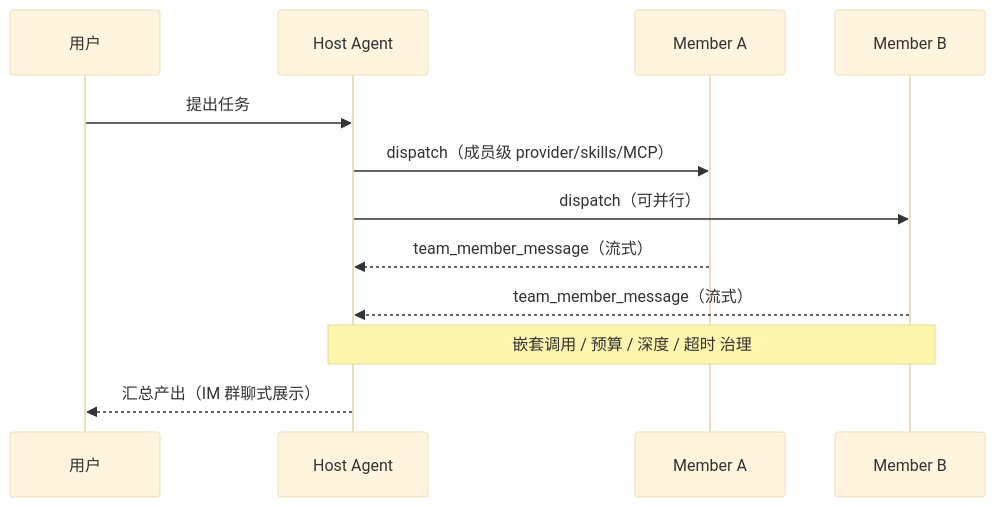
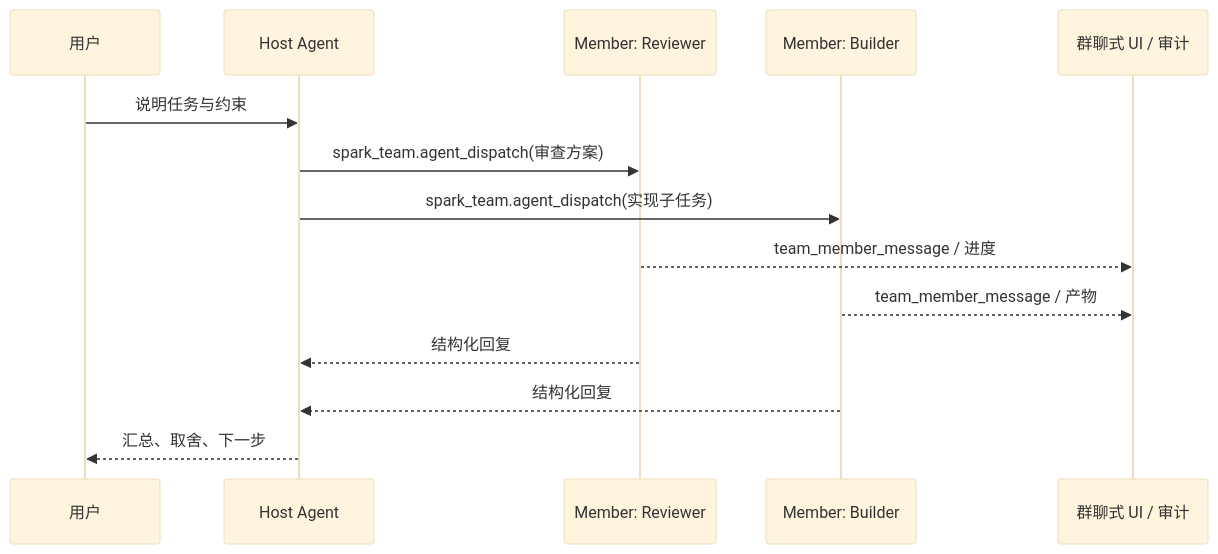
The second of 4 diagrams in README.md (alexanderizh/spark-agent), drawn with Mermaid (base theme) before and after one commit. The commit also changed other lines of this file and 13 other files, not shown here.

````diff
--- a/README.md
+++ b/README.md
@@ -128,14 +97,16 @@
 ```mermaid
 sequenceDiagram
     participant U as 用户
     participant H as Host Agent
-    participant M1 as Member A
-    participant M2 as Member B
-    U->>H: 提出任务
-    H->>M1: dispatch（成员级 provider/skills/MCP）
-    H->>M2: dispatch（可并行）
-    M1-->>H: team_member_message（流式）
-    M2-->>H: team_member_message（流式）
-    Note over H,M2: 嵌套调用 / 预算 / 深度 / 超时 治理
-    H-->>U: 汇总产出（IM 群聊式展示）
+    participant M1 as Member: Reviewer
+    participant M2 as Member: Builder
+    participant UI as 群聊式 UI / 审计
+    U->>H: 说明任务与约束
+    H->>M1: spark_team.agent_dispatch(审查方案)
+    H->>M2: spark_team.agent_dispatch(实现子任务)
+    M1-->>UI: team_member_message / 进度
+    M2-->>UI: team_member_message / 产物
+    M1-->>H: 结构化回复
+    M2-->>H: 结构化回复
+    H-->>U: 汇总、取舍、下一步
 ```
````
